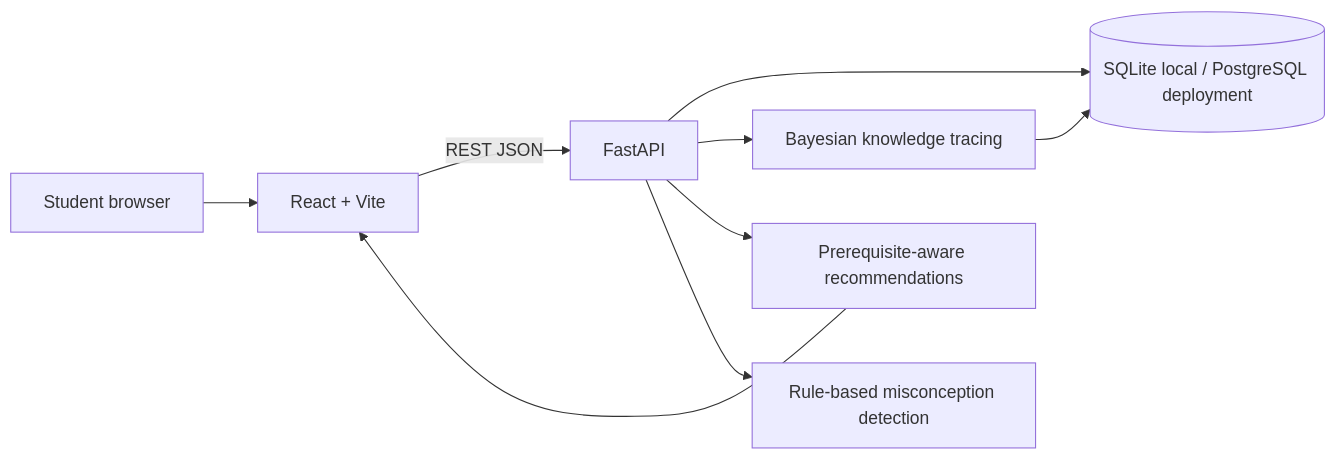
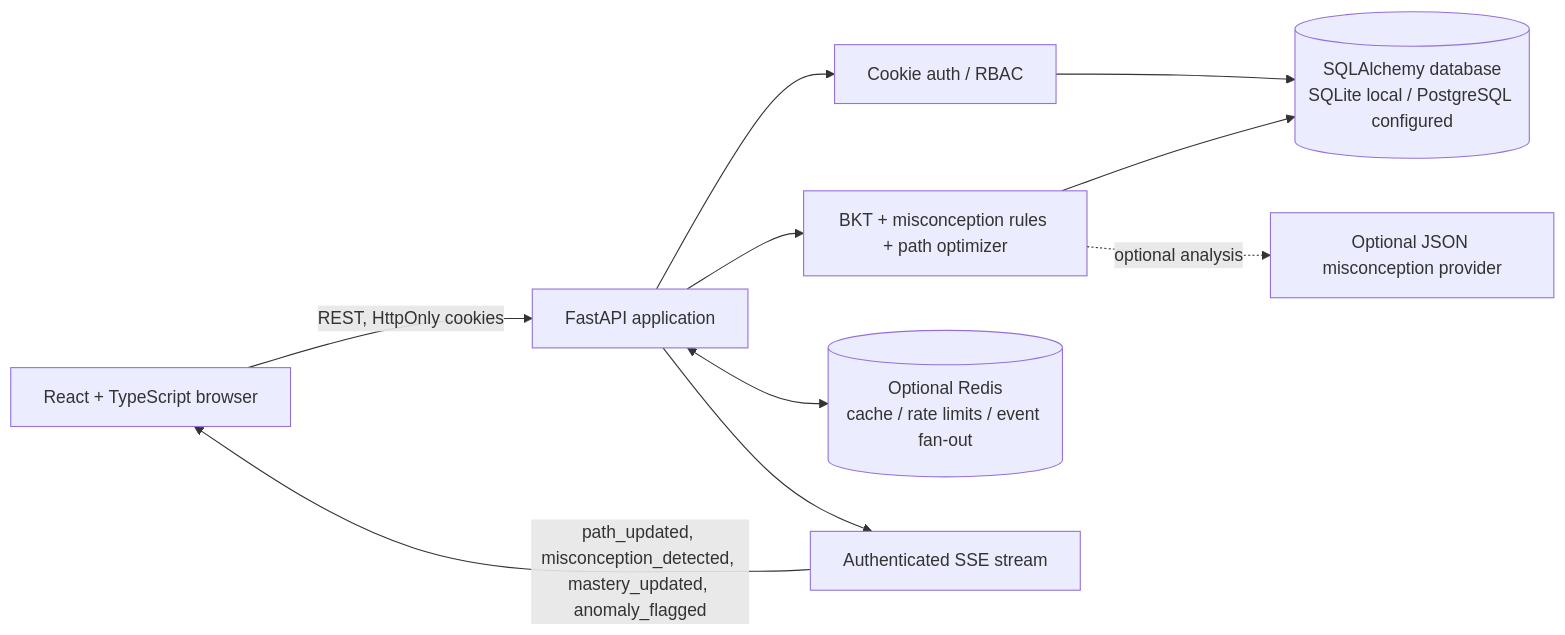
One commit to rishindramatta-svg/PATH-OPTIMIZER changed the first of 2 diagrams in docs/architecture.md. Above: the diagram before and after it, drawn with Mermaid. The commit also changed other lines of this file and 16 other files, not shown here.

````diff
--- a/docs/architecture.md
+++ b/docs/architecture.md
@@ -3,11 +5,20 @@
 ```mermaid
 flowchart LR
-  Student[Student browser] --> UI[React + Vite]
-  UI -->|REST JSON| API[FastAPI]
-  API --> DB[(SQLite local / PostgreSQL deployment)]
-  API --> BKT[Bayesian knowledge tracing]
-  API --> Optimizer[Prerequisite-aware recommendations]
-  API --> Misconceptions[Rule-based misconception detection]
-  BKT --> DB
-  Optimizer --> UI
+  Browser[React + TypeScript browser]
+  API[FastAPI application]
+  Auth[Cookie auth / RBAC]
+  Learning[BKT + misconception rules + path optimizer]
+  DB[(SQLAlchemy database\nSQLite local / PostgreSQL configured)]
+  Redis[(Optional Redis\ncache / rate limits / event fan-out)]
+  SSE[Authenticated SSE stream]
+  LLM[Optional JSON misconception provider]
+  Browser -->|REST, HttpOnly cookies| API
+  API --> Auth
+  API --> Learning
+  Auth --> DB
+  Learning --> DB
+  Learning -. optional analysis .-> LLM
+  API <--> Redis
+  API --> SSE
+  SSE -->|path_updated, misconception_detected, mastery_updated, anomaly_flagged| Browser
 ```
````
